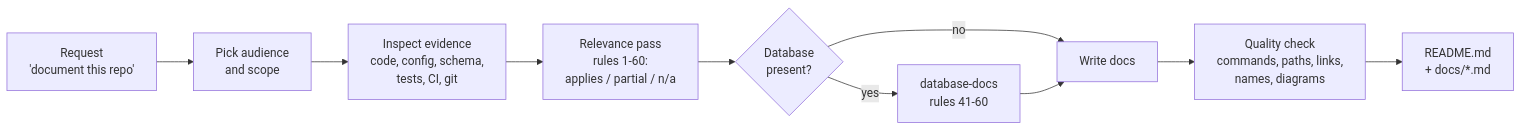
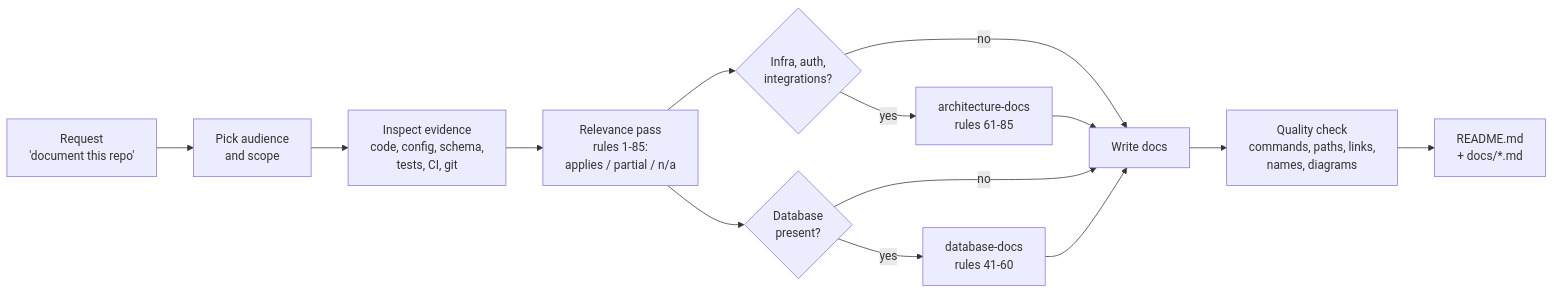
The diagram in README.md (TusharParlikar/doc-maker), drawn with Mermaid before and after one commit. The commit also changed other lines of this file and 5 other files, not shown here.

Commit message:
Add architecture-docs skill (rules 61-85) and bump plugin to 1.1.0

````diff
--- a/README.md
+++ b/README.md
@@ -150,12 +154,16 @@
 ```mermaid
 flowchart LR
     A[Request<br/>'document this repo'] --> B[Pick audience<br/>and scope]
     B --> C[Inspect evidence<br/>code, config, schema,<br/>tests, CI, git]
-    C --> D[Relevance pass<br/>rules 1-60:<br/>applies / partial / n/a]
+    C --> D[Relevance pass<br/>rules 1-85:<br/>applies / partial / n/a]
     D --> E{Database<br/>present?}
     E -- yes --> F[database-docs<br/>rules 41-60]
+    D --> J{Infra, auth,<br/>integrations?}
+    J -- yes --> K[architecture-docs<br/>rules 61-85]
+    J -- no --> G
+    K --> G
     E -- no --> G[Write docs]
     F --> G
     G --> H[Quality check<br/>commands, paths, links,<br/>names, diagrams]
     H --> I[README.md<br/>+ docs/*.md]
 ```
````
